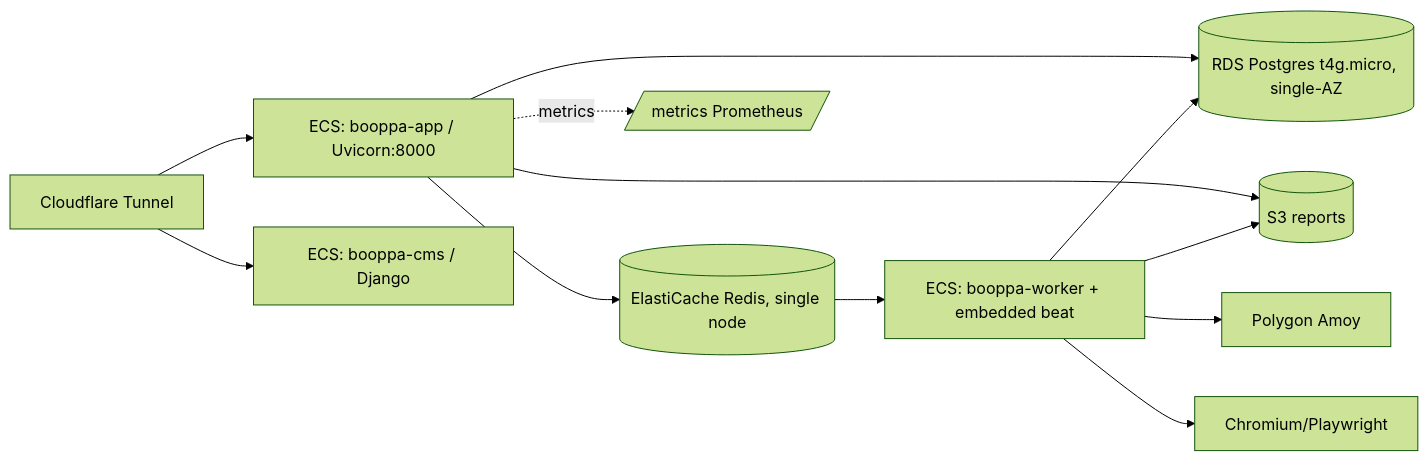
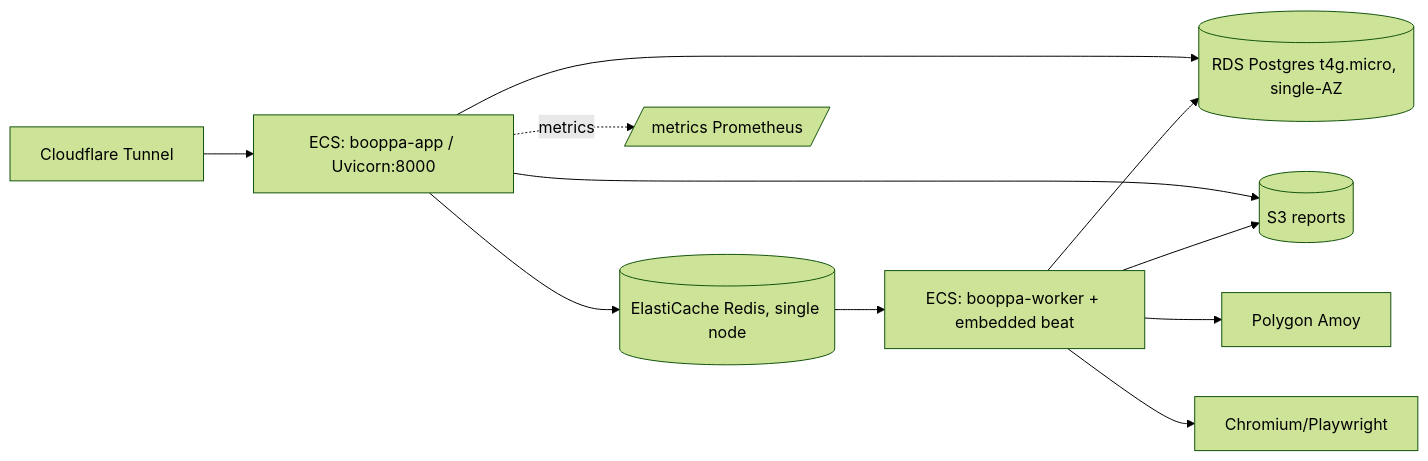
Before and after one commit to Alfred-ZinMinKhant/booppa_backend: the diagram in docs/production-readiness/audit.md, drawn with Mermaid (forest theme). The commit also changed other lines of this file and 30 other files, not shown here.

````diff
--- a/docs/production-readiness/audit.md
+++ b/docs/production-readiness/audit.md
@@ -34,14 +33,13 @@
 ```mermaid
 flowchart LR
   CF[Cloudflare Tunnel] --> API[ECS: booppa-app / Uvicorn:8000]
-  CF --> CMS[ECS: booppa-cms / Django]
   API --> PG[(RDS Postgres t4g.micro, single-AZ)]
   API --> RD[(ElastiCache Redis, single node)]
   API --> S3[(S3 reports)]
   RD --> WK[ECS: booppa-worker + embedded beat]
   WK --> PG
   WK --> S3
   WK --> BC[Polygon Amoy]
   WK --> CH[Chromium/Playwright]
   API -. metrics .-> PM[/metrics Prometheus/]
 ```
````
